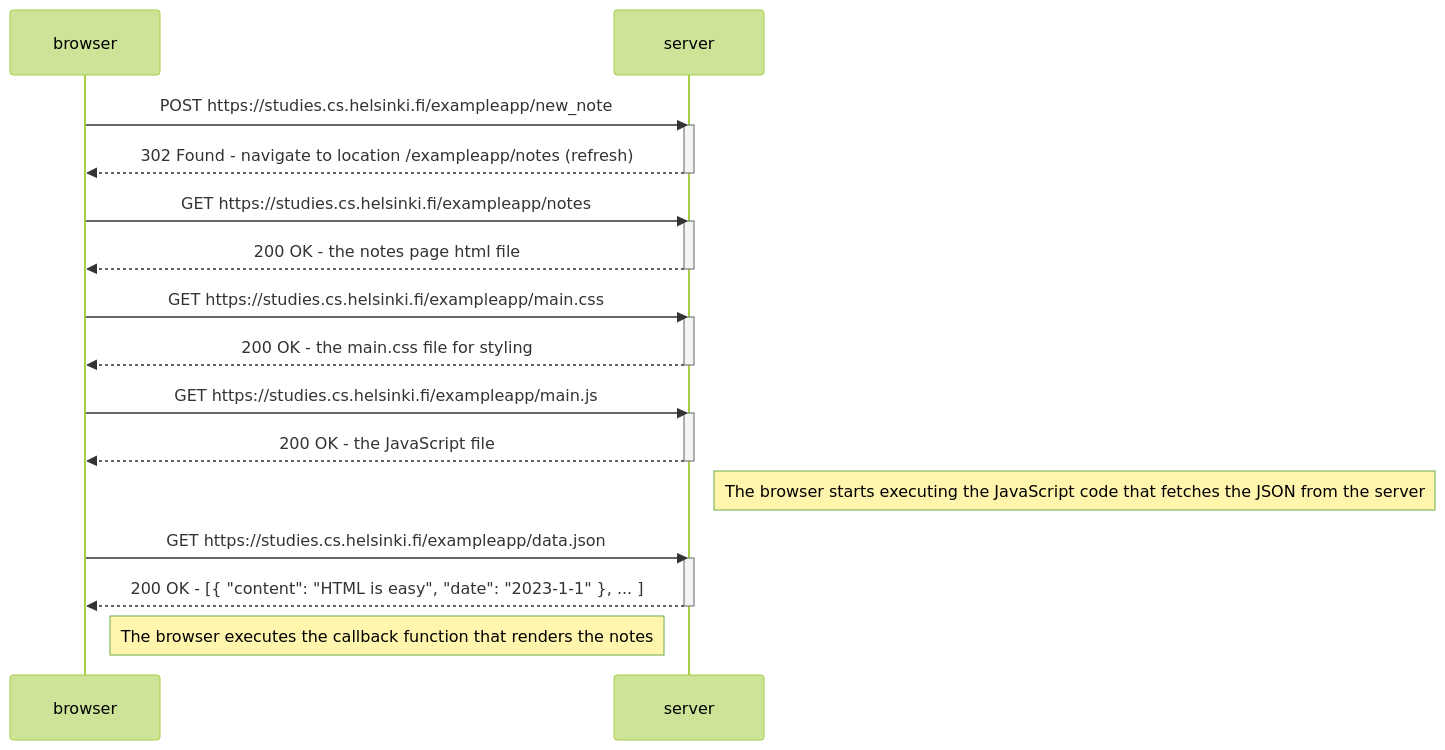
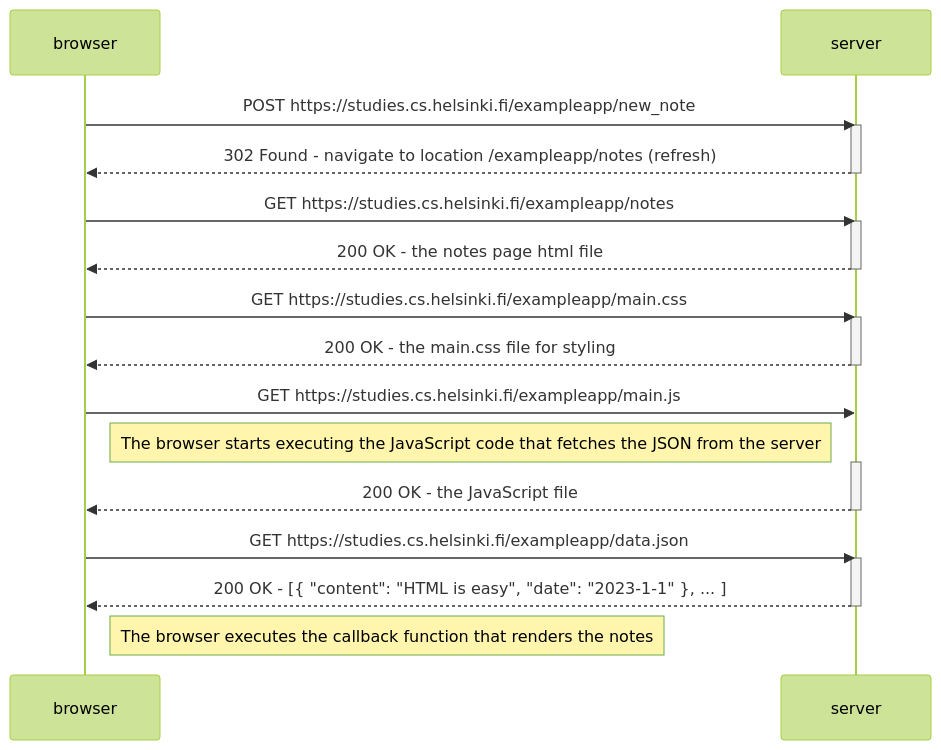
The diagram in Part0/04.md (philipmuller/fullstackopen), drawn with Mermaid (forest theme) before and after one commit.

Commit message:
Update 04.md
test

````diff
--- a/Part0/04.md
+++ b/Part0/04.md
@@ -3,34 +3,35 @@
 ```mermaid
 sequenceDiagram
     participant browser
     participant server
 
     browser->>server: POST https://studies.cs.helsinki.fi/exampleapp/new_note
     activate server
     server-->>browser: 302 Found - navigate to location /exampleapp/notes (refresh)
     deactivate server
 
     browser->>server: GET https://studies.cs.helsinki.fi/exampleapp/notes
     activate server
     server-->>browser: 200 OK - the notes page html file
     deactivate server
 
     browser->>server: GET https://studies.cs.helsinki.fi/exampleapp/main.css
     activate server
     server-->>browser: 200 OK - the main.css file for styling
     deactivate server
 
     browser->>server: GET https://studies.cs.helsinki.fi/exampleapp/main.js
+    Note right of browser: The browser starts executing the JavaScript code that fetches the JSON from the server
     activate server
     server-->>browser: 200 OK - the JavaScript file
     deactivate server
 
-    Note right of server: The browser starts executing the JavaScript code that fetches the JSON from the server
+    
 
     browser->>server: GET https://studies.cs.helsinki.fi/exampleapp/data.json
     activate server
     server-->>browser: 200 OK - [{ "content": "HTML is easy", "date": "2023-1-1" }, ... ]
     deactivate server
 
     Note right of browser: The browser executes the callback function that renders the notes
 ```
````
